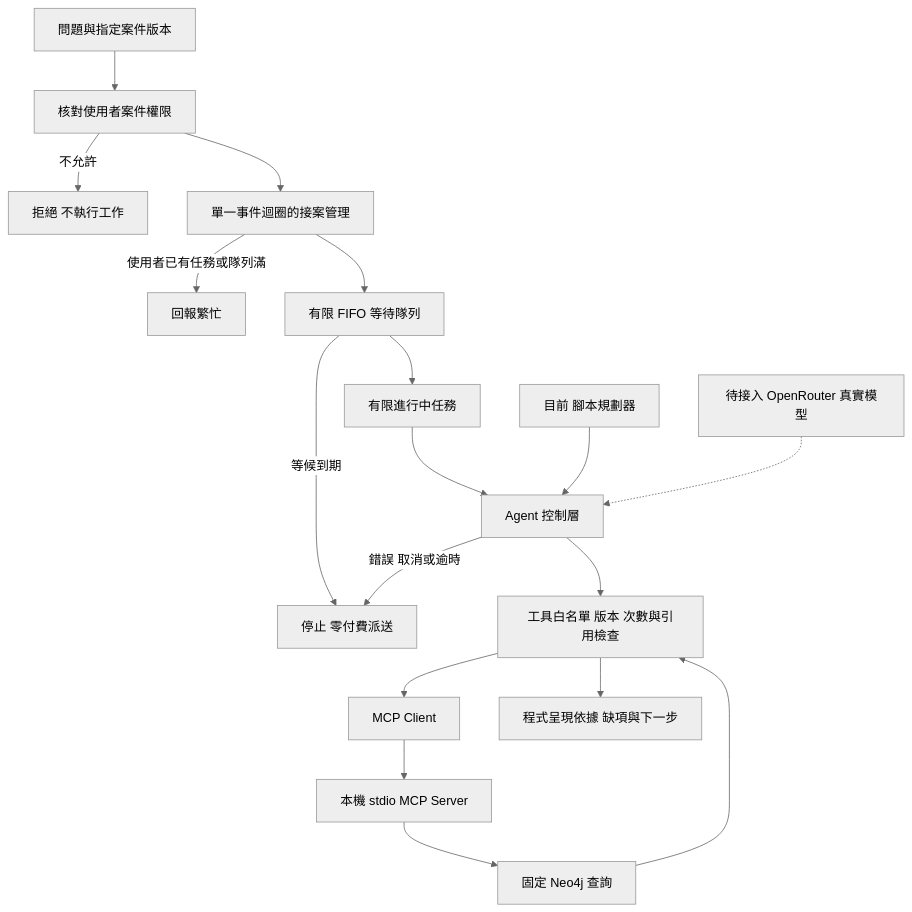
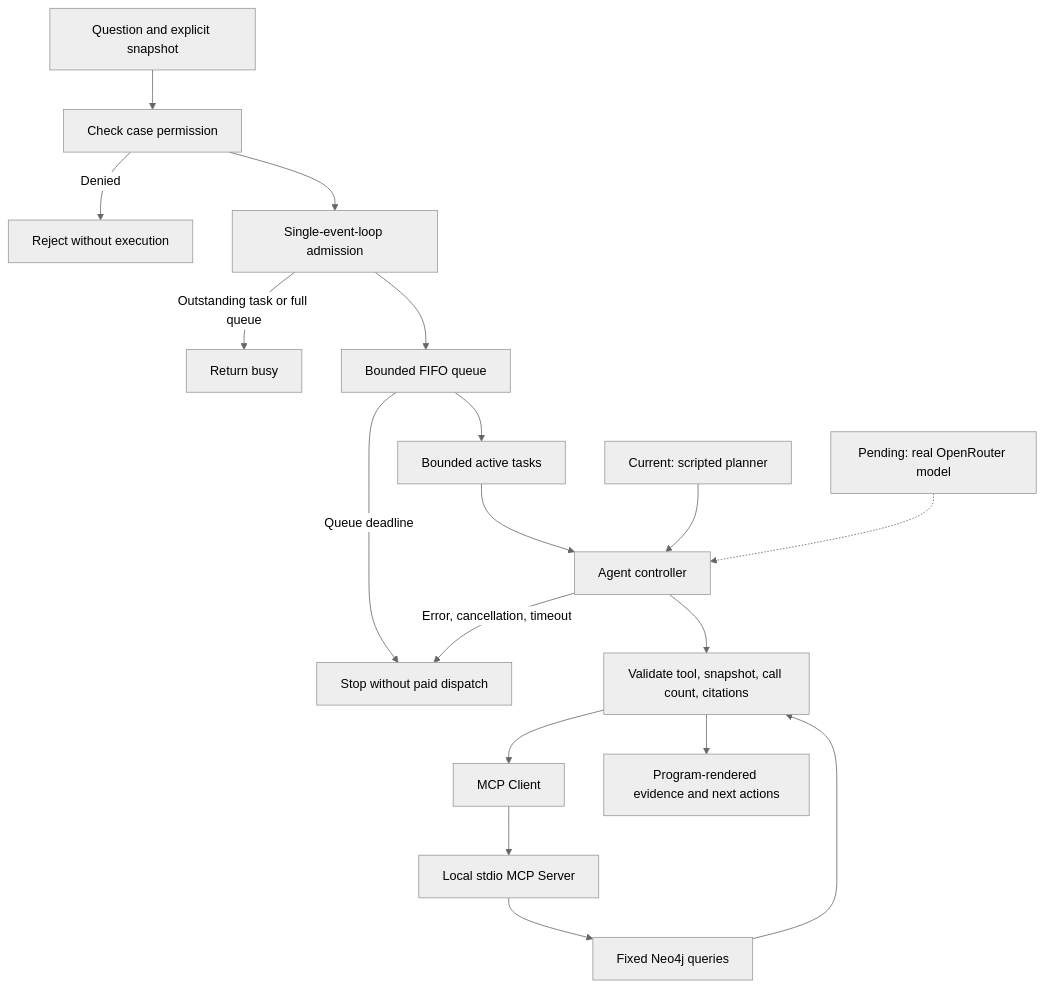
Before and after one commit to quietbranch88/bom-change-review: the third of 4 diagrams in docs/architecture.md, drawn with Mermaid (neutral theme). The commit also changed other lines of this file and 22 other files, not shown here.

Commit message:
docs: translate public documentation and diagrams

````diff
--- a/docs/architecture.md
+++ b/docs/architecture.md
@@ -55,20 +55,20 @@
 ```mermaid
 flowchart TD
-    U[問題與指定案件版本] --> P[核對使用者案件權限]
-    P -->|不允許| X[拒絕 不執行工作]
-    P --> A[單一事件迴圈的接案管理]
-    A -->|使用者已有任務或隊列滿| Z[回報繁忙]
-    A --> Q[有限 FIFO 等待隊列]
-    Q -->|等候到期| T[停止 零付費派送]
-    Q --> W[有限進行中任務]
-    W --> C[Agent 控制層]
-    S[目前 腳本規劃器] --> C
-    L[待接入 OpenRouter 真實模型] -.-> C
-    C --> V[工具白名單 版本 次數與引用檢查]
+    U[Question and explicit snapshot] --> P[Check case permission]
+    P -->|Denied| X[Reject without execution]
+    P --> A[Single-event-loop admission]
+    A -->|Outstanding task or full queue| Z[Return busy]
+    A --> Q[Bounded FIFO queue]
+    Q -->|Queue deadline| T[Stop without paid dispatch]
+    Q --> W[Bounded active tasks]
+    W --> C[Agent controller]
+    S[Current: scripted planner] --> C
+    L[Pending: real OpenRouter model] -.-> C
+    C --> V[Validate tool, snapshot, call count, citations]
     V --> M[MCP Client]
-    M --> R[本機 stdio MCP Server]
-    R --> N[固定 Neo4j 查詢]
+    M --> R[Local stdio MCP Server]
+    R --> N[Fixed Neo4j queries]
     N --> V
-    V --> O[程式呈現依據 缺項與下一步]
-    C -->|錯誤 取消或逾時| T
+    V --> O[Program-rendered evidence and next actions]
+    C -->|Error, cancellation, timeout| T
 ```
````
